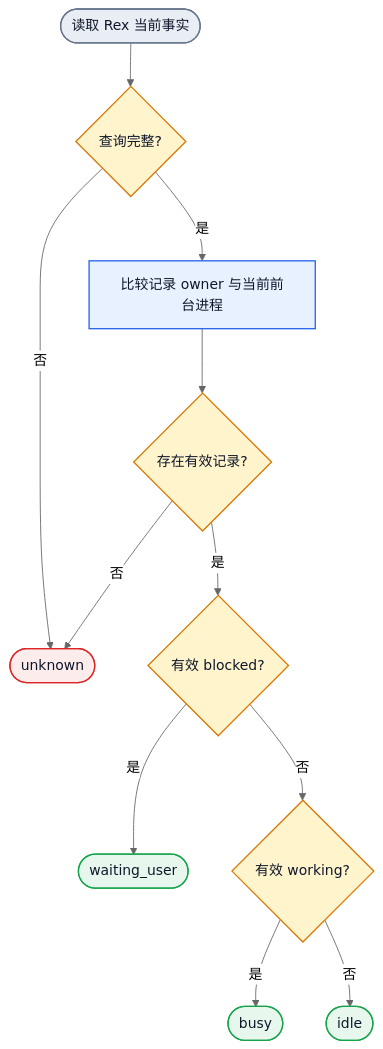
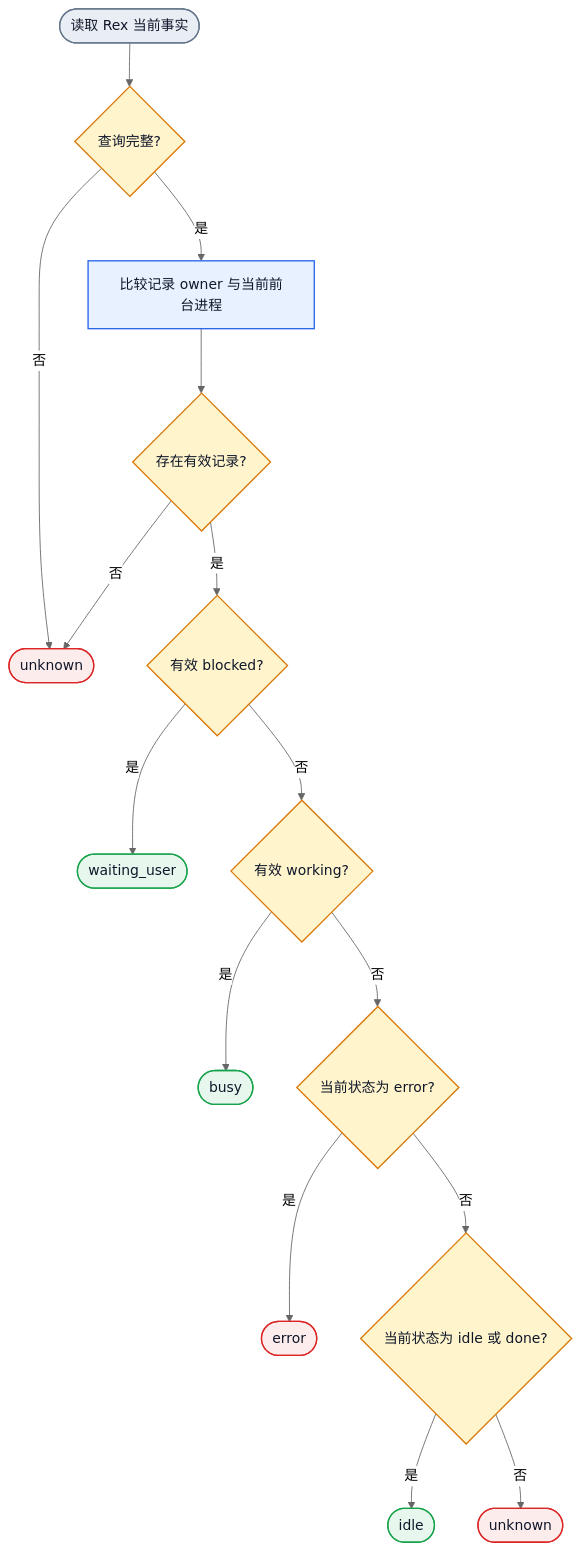
The third of 3 diagrams in docs/design/rex-collab-ontology-20261111.md (Jasonzhangf/appsdk), drawn with Mermaid (neutral theme) before and after one commit. The commit also changed other lines of this file and 103 other files, not shown here.

````diff
--- a/docs/design/rex-collab-ontology-20261111.md
+++ b/docs/design/rex-collab-ontology-20261111.md
@@ -110,19 +129,23 @@
 ```mermaid
 flowchart TD
   S([读取 Rex 当前事实]):::boundary --> Q{查询完整?}:::decision
   Q -->|否| UNK([unknown]):::failure
   Q -->|是| O[比较记录 owner 与当前前台进程]:::action
   O --> V{存在有效记录?}:::decision
   V -->|否| UNK
   V -->|是| B{有效 blocked?}:::decision
   B -->|是| WAIT([waiting_user]):::success
   B -->|否| W{有效 working?}:::decision
   W -->|是| BUSY([busy]):::success
-  W -->|否| IDLE([idle]):::success
+  W -->|否| E{当前状态为 error?}:::decision
+  E -->|是| ERROR([error]):::failure
+  E -->|否| I{当前状态为 idle 或 done?}:::decision
+  I -->|是| IDLE([idle]):::success
+  I -->|否| UNKNOWN([unknown]):::failure
 
   classDef boundary fill:#E9EEF5,stroke:#64748B,color:#0F172A,stroke-width:1.5px
   classDef action fill:#E8F1FF,stroke:#2563EB,color:#0F172A,stroke-width:1.5px
   classDef decision fill:#FFF4CC,stroke:#D97706,color:#0F172A,stroke-width:1.5px
   classDef success fill:#E8F7EE,stroke:#16A34A,color:#0F172A,stroke-width:1.5px
   classDef failure fill:#FDECEC,stroke:#DC2626,color:#0F172A,stroke-width:1.5px
 ```
````
